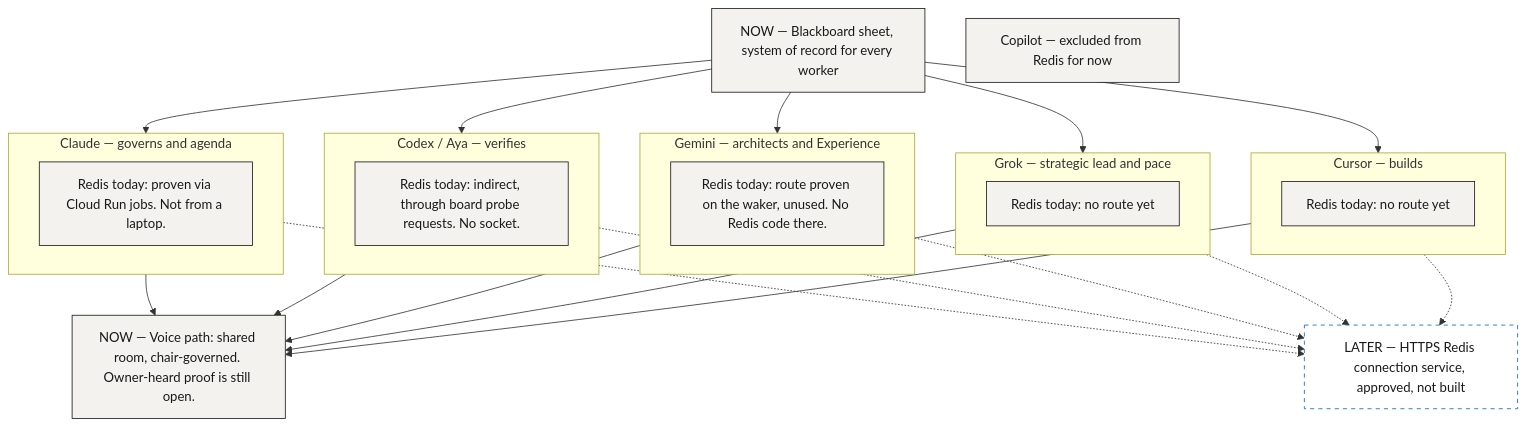
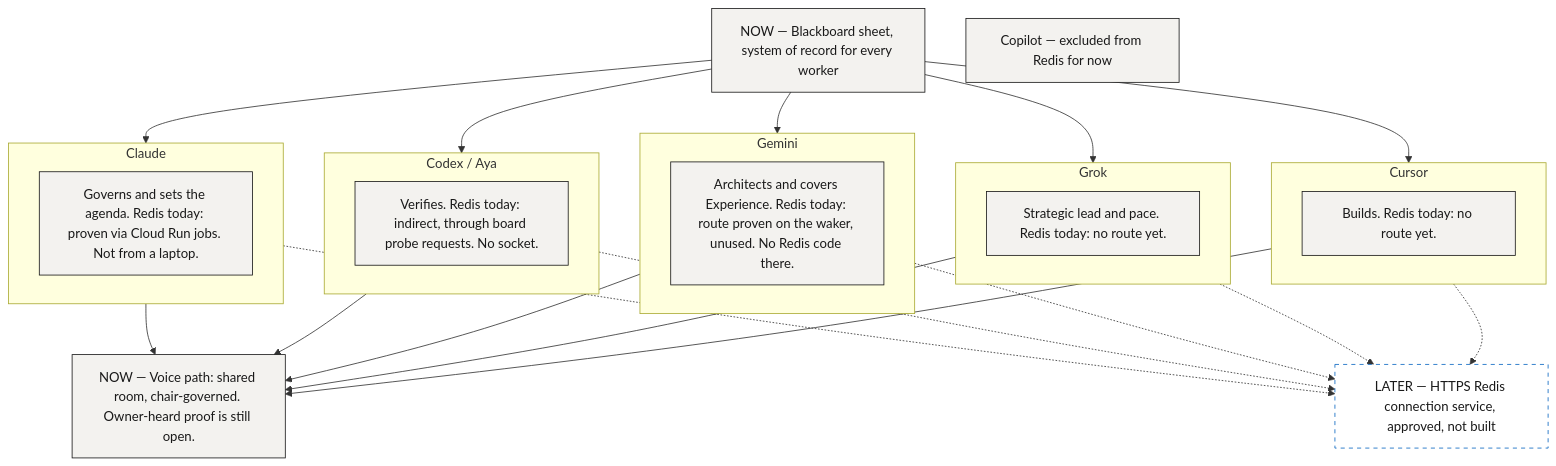
One commit to sfdc-24/sfdc24-site changed the diagram in floor/diagrams/call-agents.mmd. Above: the diagram before and after it, drawn with Mermaid. The commit also changed 12 other files, not shown here.

First line of the commit message:
Crop the call diagrams and show each agent role in full.

```diff
--- a/floor/diagrams/call-agents.mmd
+++ b/floor/diagrams/call-agents.mmd
@@ -1,43 +1,43 @@
 flowchart TB
   classDef now fill:#F3F2EF,stroke:#191919,color:#191919;
   classDef later fill:#FFFFFF,stroke:#0A66C2,color:#191919,stroke-dasharray: 5 5;
 
   sheet["NOW — Blackboard sheet, system of record for every worker"]
   voice["NOW — Voice path: shared room, chair-governed. Owner-heard proof is still open."]
   bridge["LATER — HTTPS Redis connection service, approved, not built"]
 
-  subgraph claude["Claude — governs and agenda"]
-    cRedis["Redis today: proven via Cloud Run jobs. Not from a laptop."]
+  subgraph claude["Claude"]
+    cRedis["Governs and sets the agenda. Redis today: proven via Cloud Run jobs. Not from a laptop."]
   end
-  subgraph codex["Codex / Aya — verifies"]
-    xRedis["Redis today: indirect, through board probe requests. No socket."]
+  subgraph codex["Codex / Aya"]
+    xRedis["Verifies. Redis today: indirect, through board probe requests. No socket."]
   end
-  subgraph gemini["Gemini — architects and Experience"]
-    gRedis["Redis today: route proven on the waker, unused. No Redis code there."]
+  subgraph gemini["Gemini"]
+    gRedis["Architects and covers Experience. Redis today: route proven on the waker, unused. No Redis code there."]
   end
-  subgraph grok["Grok — strategic lead and pace"]
-    kRedis["Redis today: no route yet"]
+  subgraph grok["Grok"]
+    kRedis["Strategic lead and pace. Redis today: no route yet."]
   end
-  subgraph cursor["Cursor — builds"]
-    uRedis["Redis today: no route yet"]
+  subgraph cursor["Cursor"]
+    uRedis["Builds. Redis today: no route yet."]
   end
   copilot["Copilot — excluded from Redis for now"]
 
   sheet --> claude
   sheet --> codex
   sheet --> gemini
   sheet --> grok
   sheet --> cursor
   claude --> voice
   codex --> voice
   gemini --> voice
   grok --> voice
   cursor --> voice
   claude -.-> bridge
   codex -.-> bridge
   gemini -.-> bridge
   grok -.-> bridge
   cursor -.-> bridge
 
   class sheet,voice,cRedis,xRedis,gRedis,kRedis,uRedis,copilot now;
   class bridge later;
```
